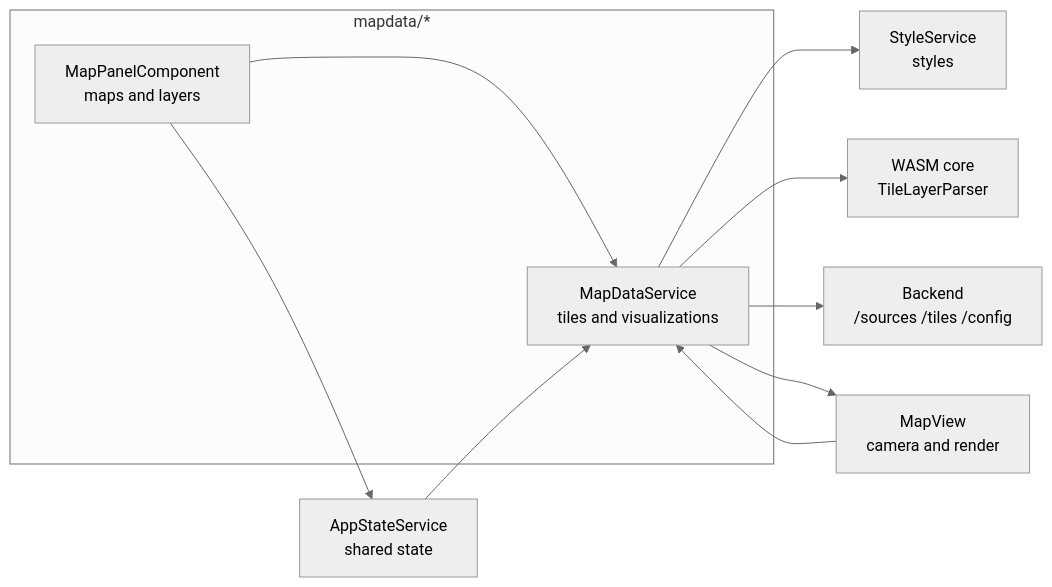
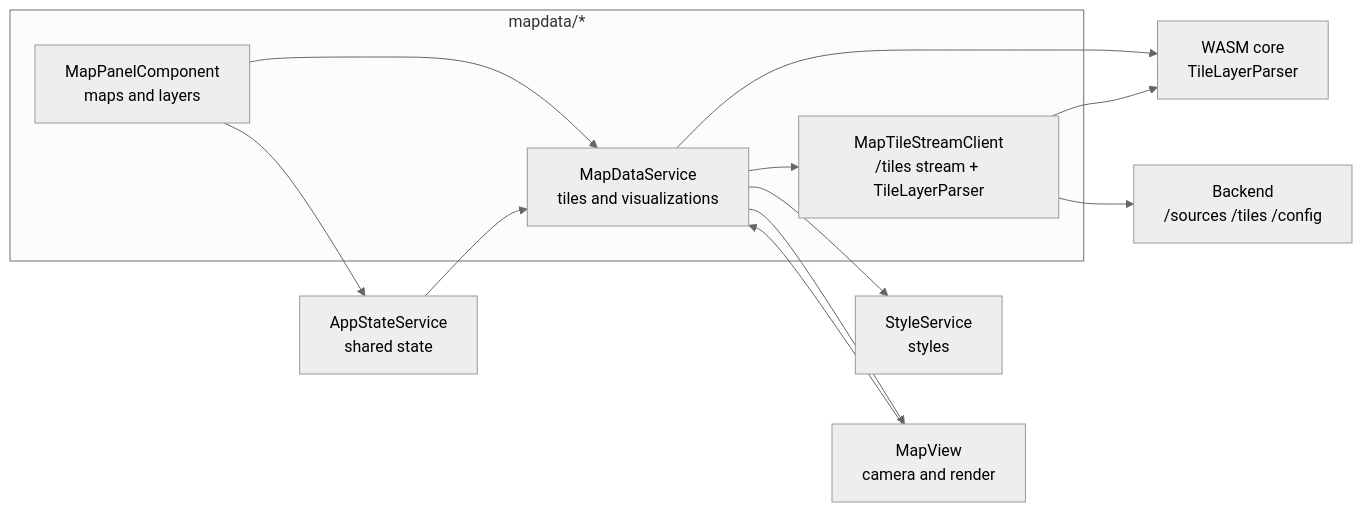
One commit to ndsev/erdblick changed the second of 10 diagrams in docs/erdblick-dev-guide.md. Above: the diagram before and after it, drawn with Mermaid (neutral theme). The commit also changed other lines of this file and 1 other file, not shown here.

Commit message:
Update docs regarding tile streaming UX/protocol updates.

````diff
--- a/docs/erdblick-dev-guide.md
+++ b/docs/erdblick-dev-guide.md
@@ -113,23 +113,26 @@
 ```mermaid
 flowchart LR
   subgraph mapdata_dir[mapdata/*]
     MapPanel[MapPanelComponent<br>maps and layers]
     MapSvc[MapDataService<br>tiles and visualizations]
+    TileStream[MapTileStreamClient<br>/tiles stream + TileLayerParser]
   end
   State[AppStateService<br>shared state]
   StyleSvc[StyleService<br>styles]
   Core[WASM core<br>TileLayerParser]
   Backend[Backend<br>/sources /tiles /config]
   View[MapView<br>camera and render]
 
   MapPanel --> MapSvc
   MapPanel --> State
 
   View --> MapSvc
   State --> MapSvc
 
   MapSvc --> StyleSvc
   MapSvc --> Core
-  MapSvc --> Backend
+  MapSvc --> TileStream
+  TileStream --> Core
+  TileStream --> Backend
   MapSvc --> View
 ```
````
